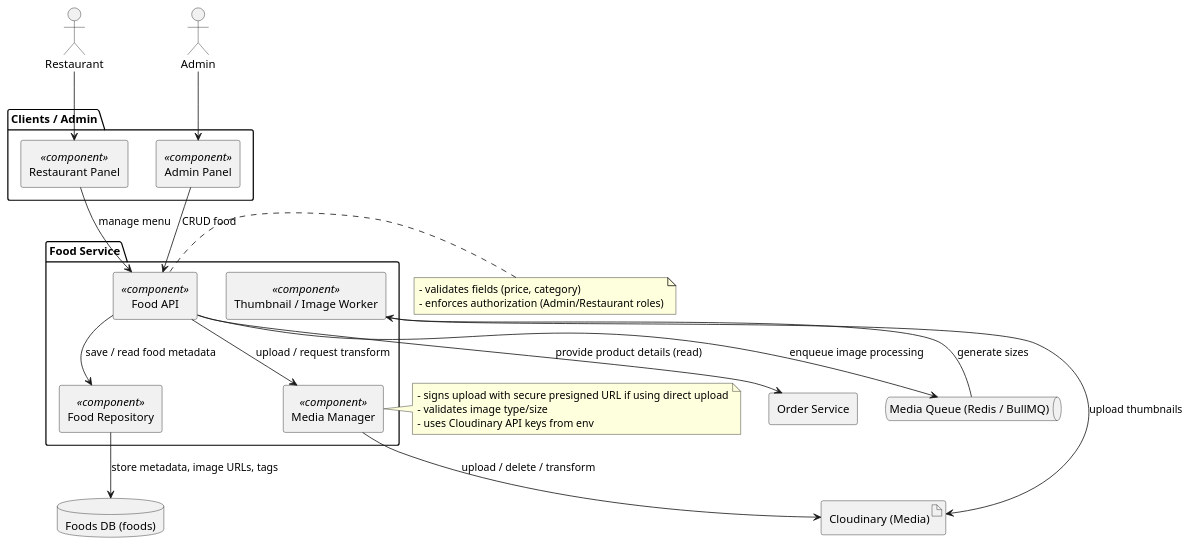
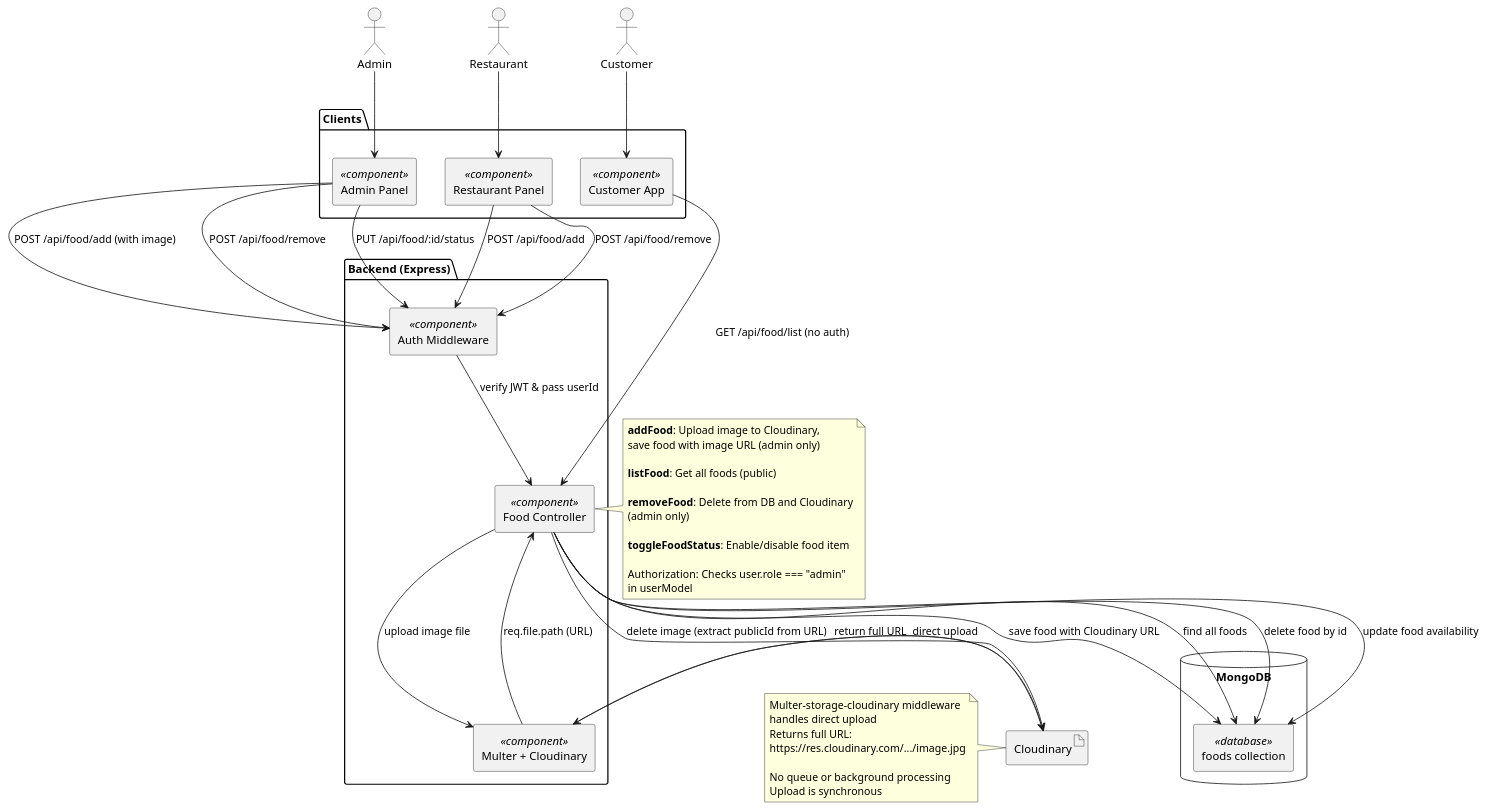
Before and after one commit to Phamtinhicic/food_delivery_main: the diagram in diagrams/components-food.puml, drawn with PlantUML. The commit also changed 5 other files, not shown here.

```diff
--- a/diagrams/components-food.puml
+++ b/diagrams/components-food.puml
@@ -1,53 +1,79 @@
 @startuml
-' Food Management detailed component diagram
+' Food Controller - ACTUAL IMPLEMENTATION
 skinparam componentStyle rectangle
 
-package "Clients / Admin" {
+package "Clients" {
   [Admin Panel] <<component>>
   [Restaurant Panel] <<component>>
+  [Customer App] <<component>>
 }
 
-package "Food Service" {
-  [Food API] <<component>>
-  [Food Repository] <<component>>
-  [Media Manager] <<component>>
-  [Thumbnail / Image Worker] <<component>>
+package "Backend (Express)" {
+  [Food Controller] <<component>>
+  [Auth Middleware] <<component>>
+  [Multer + Cloudinary] <<component>>
 }
 
-database "Foods DB (foods)" as FoodsDB
-artifact "Cloudinary (Media)" as Cloudinary
-queue "Media Queue (Redis / BullMQ)" as MediaQueue
+database "MongoDB" {
+  [foods collection] <<database>>
+}
 
-' Flows
-[Admin Panel] --> [Food API] : CRUD food
-[Restaurant Panel] --> [Food API] : manage menu
+artifact "Cloudinary" as Cloudinary
 
-[Food API] --> [Food Repository] : save / read food metadata
-[Food API] --> [Media Manager] : upload / request transform
-[Food API] --> MediaQueue : enqueue image processing
+' Client interactions
+[Admin Panel] --> [Auth Middleware] : POST /api/food/add (with image)
+[Admin Panel] --> [Auth Middleware] : POST /api/food/remove
+[Admin Panel] --> [Auth Middleware] : PUT /api/food/:id/status
 
-[Media Manager] --> Cloudinary : upload / delete / transform
-[Thumbnail / Image Worker] <-down- MediaQueue : generate sizes
-[Thumbnail / Image Worker] --> Cloudinary : upload thumbnails
+[Customer App] --> [Food Controller] : GET /api/food/list (no auth)
+[Restaurant Panel] --> [Auth Middleware] : POST /api/food/add
+[Restaurant Panel] --> [Auth Middleware] : POST /api/food/remove
 
-[Food Repository] --> FoodsDB : store metadata, image URLs, tags
+' Middleware to Controller
+[Auth Middleware] --> [Food Controller] : verify JWT & pass userId
 
-note right of [Media Manager]
-  - signs upload with secure presigned URL if using direct upload
-  - validates image type/size
-  - uses Cloudinary API keys from env
+' Food operations
+[Food Controller] --> [Multer + Cloudinary] : upload image file
+[Multer + Cloudinary] --> Cloudinary : direct upload
+Cloudinary --> [Multer + Cloudinary] : return full URL
+[Multer + Cloudinary] --> [Food Controller] : req.file.path (URL)
+
+[Food Controller] --> [foods collection] : save food with Cloudinary URL
+[Food Controller] --> [foods collection] : find all foods
+[Food Controller] --> [foods collection] : delete food by id
+[Food Controller] --> [foods collection] : update food availability
+[Food Controller] --> Cloudinary : delete image (extract publicId from URL)
+
+note right of [Food Controller]
+  **addFood**: Upload image to Cloudinary,
+  save food with image URL (admin only)
+  
+  **listFood**: Get all foods (public)
+  
+  **removeFood**: Delete from DB and Cloudinary
+  (admin only)
+  
+  **toggleFoodStatus**: Enable/disable food item
+  
+  Authorization: Checks user.role === "admin"
+  in userModel
 end note
 
-note left of [Food API]
-  - validates fields (price, category)
-  - enforces authorization (Admin/Restaurant roles)
+note left of Cloudinary
+  Multer-storage-cloudinary middleware
+  handles direct upload
+  Returns full URL: 
+  https://res.cloudinary.com/.../image.jpg
+  
+  No queue or background processing
+  Upload is synchronous
 end note
 
-[Food API] --> [Order Service] : provide product details (read)
-
+actor Admin
 actor Restaurant
-actor Admin
+actor Customer
+Admin --> [Admin Panel]
 Restaurant --> [Restaurant Panel]
-Admin --> [Admin Panel]
+Customer --> [Customer App]
 
 @enduml
```
